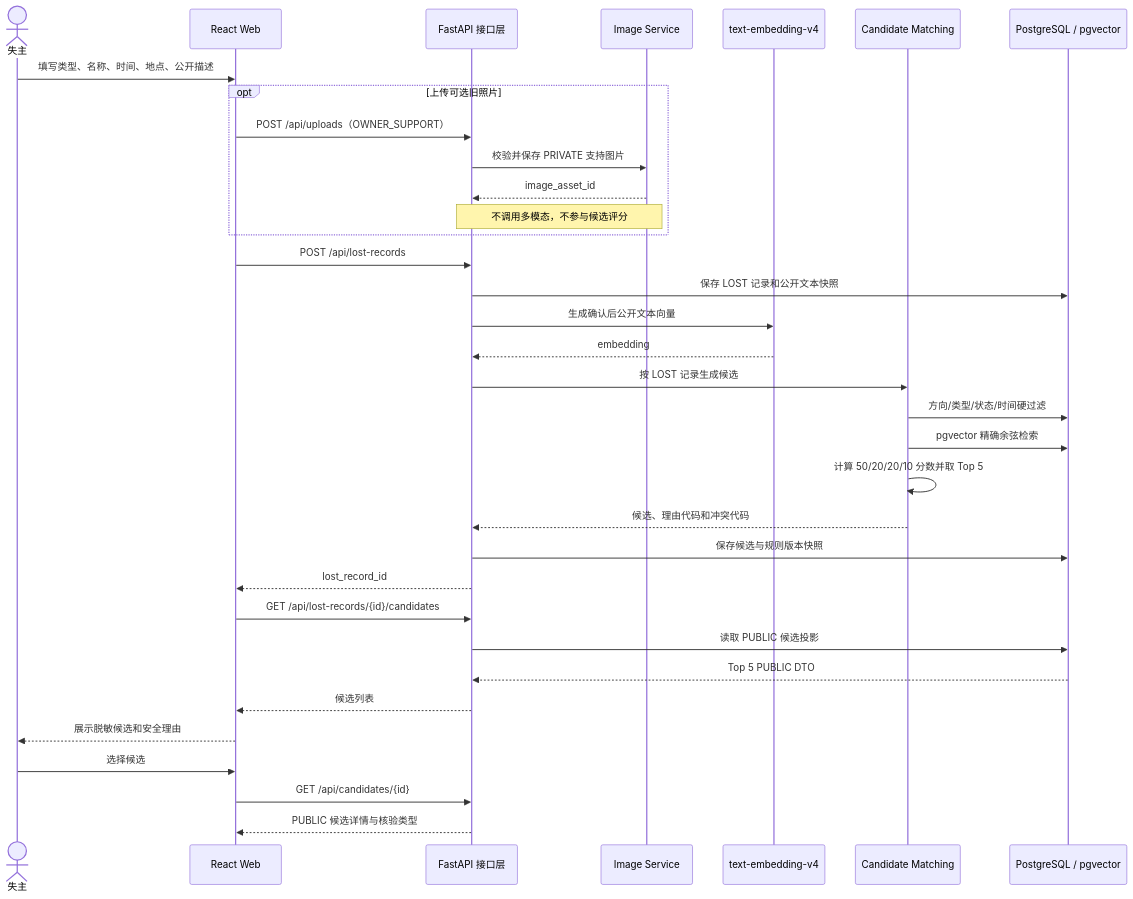
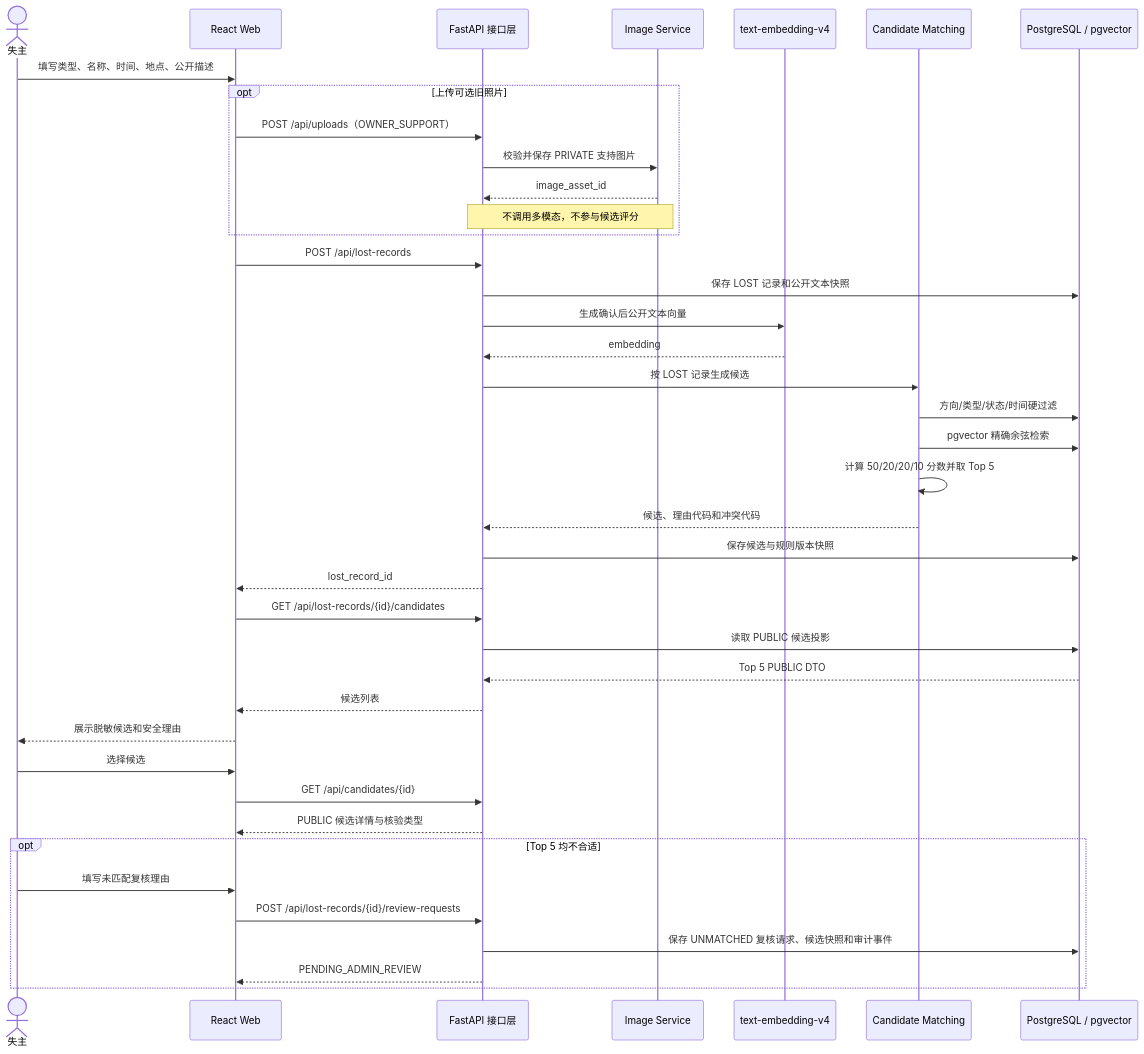
Before and after one commit to xushengyu1/day56-submission: the fourth of 11 diagrams in docs/design/end-to-end-system-design.md, drawn with Mermaid. The commit also changed other lines of this file and 30 other files, not shown here.

````diff
--- a/docs/design/end-to-end-system-design.md
+++ b/docs/design/end-to-end-system-design.md
@@ -645,37 +542,43 @@
 ```mermaid
 sequenceDiagram
     actor O as 失主
     participant W as React Web
     participant A as FastAPI 接口层
     participant I as Image Service
     participant E as text-embedding-v4
     participant M as Candidate Matching
     participant D as PostgreSQL / pgvector
 
     O->>W: 填写类型、名称、时间、地点、公开描述
     opt 上传可选旧照片
         W->>A: POST /api/uploads（OWNER_SUPPORT）
         A->>I: 校验并保存 PRIVATE 支持图片
         I-->>A: image_asset_id
         Note over A,I: 不调用多模态，不参与候选评分
     end
     W->>A: POST /api/lost-records
     A->>D: 保存 LOST 记录和公开文本快照
     A->>E: 生成确认后公开文本向量
     E-->>A: embedding
     A->>M: 按 LOST 记录生成候选
     M->>D: 方向/类型/状态/时间硬过滤
     M->>D: pgvector 精确余弦检索
     M->>M: 计算 50/20/20/10 分数并取 Top 5
     M-->>A: 候选、理由代码和冲突代码
     A->>D: 保存候选与规则版本快照
     A-->>W: lost_record_id
     W->>A: GET /api/lost-records/{id}/candidates
     A->>D: 读取 PUBLIC 候选投影
     D-->>A: Top 5 PUBLIC DTO
     A-->>W: 候选列表
     W-->>O: 展示脱敏候选和安全理由
     O->>W: 选择候选
     W->>A: GET /api/candidates/{id}
     A-->>W: PUBLIC 候选详情与核验类型
+    opt Top 5 均不合适
+        O->>W: 填写未匹配复核理由
+        W->>A: POST /api/lost-records/{id}/review-requests
+        A->>D: 保存 UNMATCHED 复核请求、候选快照和审计事件
+        A-->>W: PENDING_ADMIN_REVIEW
+    end
 ```
````
